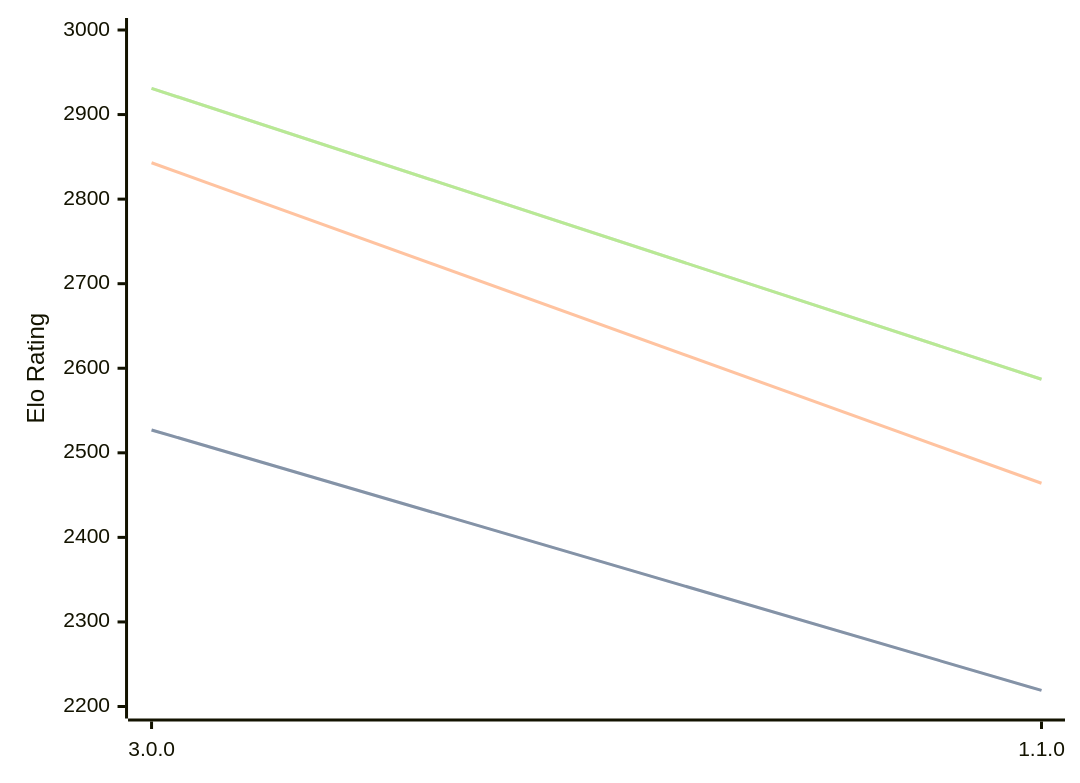
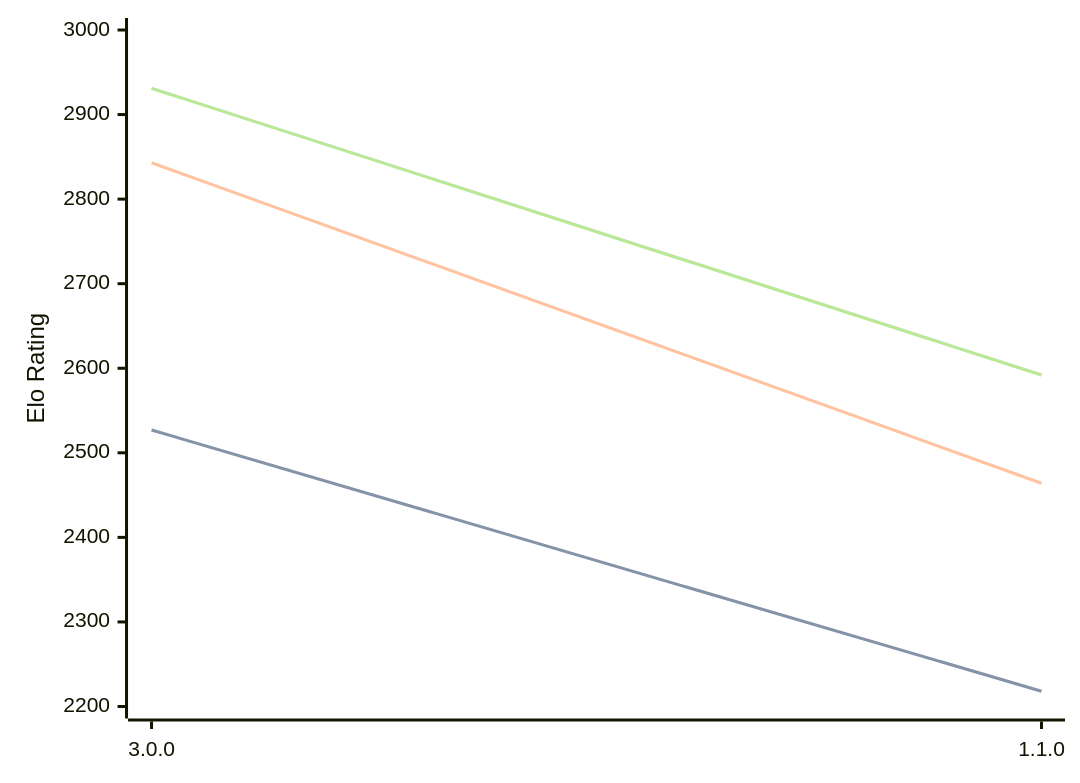
The first of 3 diagrams in engines/Potential.md (computer-chess-index/cci), drawn with Mermaid before and after one commit. The commit also changed other lines of this file, not shown here.

Commit message:
Update CCI Ratings (ELO VLTC) - 2026-06-18

````diff
--- a/engines/Potential.md
+++ b/engines/Potential.md
@@ -34,11 +34,11 @@
 ```mermaid
 %%{init: {"theme":"base","themeVariables":{"seriesColors:['#a3a3a3','#222221','#faa371']}}}%%
 xychart-beta
   x-axis ["3.0.0", "1.1.0"]
   y-axis "Elo Rating" 2200 --> 3000
-  line "STC (8.0+0.08s)" [2527, 2219]
-  line "STC (8.0+0.08s)" [2527, 2219]
+  line "STC (8.0+0.08s)" [2527, 2218]
+  line "STC (8.0+0.08s)" [2527, 2218]
   line "LTC (60.0+0.60s)" [2843, 2464]
-  line "VLTC (2m24s+1.12s)" [2931, 2587]
-  line "VLTC (2m24s+1.12s)" [2931, 2587]
+  line "VLTC (2m24s+1.12s)" [2931, 2592]
+  line "VLTC (2m24s+1.12s)" [2931, 2592]
 ```
````
